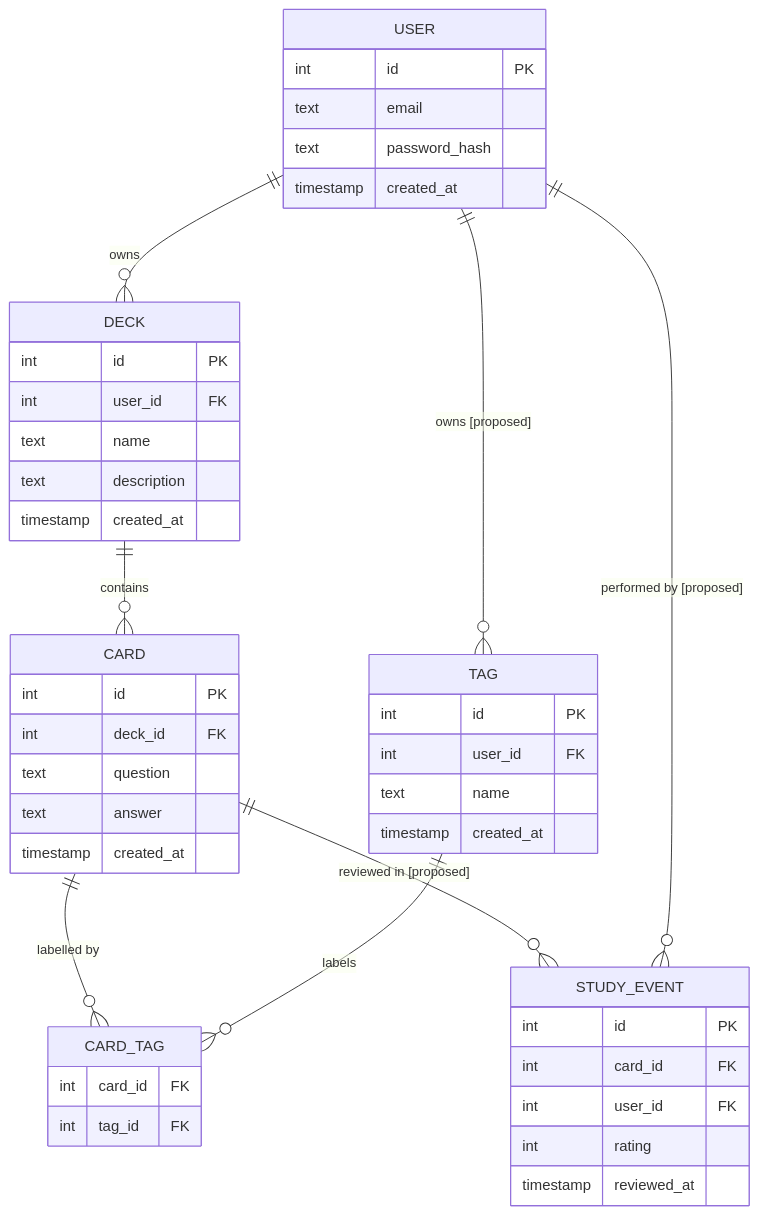
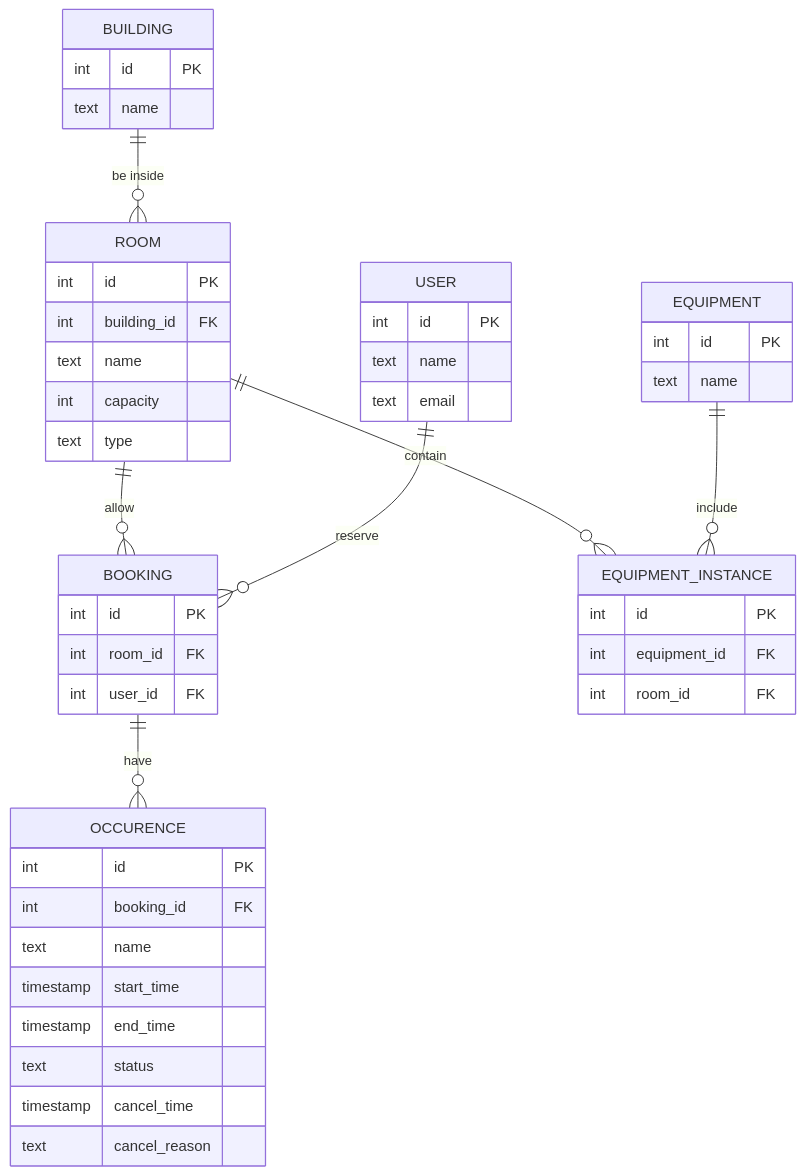
Before and after one commit to ndinhtrung/booking-server: the diagram in design/er-diagram.md, drawn with Mermaid. The commit also changed other lines of this file, not shown here.

Commit message:
update ER diagram for the booking system

````diff
--- a/design/er-diagram.md
+++ b/design/er-diagram.md
@@ -5,54 +3,57 @@
 ```mermaid
 erDiagram
 
-    USER {
-        int     id          PK
-        text    email
-        text    password_hash
-        timestamp created_at
+    BUILDING {
+        int        id               PK
+        text       name
     }
 
-    DECK {
-        int     id          PK
-        int     user_id     FK
-        text    name
-        text    description
-        timestamp created_at
+    ROOM {
+        int        id               PK
+        int        building_id      FK
+        text       name
+        int        capacity
+        text       type
     }
 
-    CARD {
-        int     id          PK
-        int     deck_id     FK
-        text    question
-        text    answer
-        timestamp created_at
+    USER {
+        int        id               PK
+        text       name
+        text       email
     }
 
-    TAG {
-        int     id          PK
-        int     user_id     FK
-        text    name
-        timestamp created_at
+    BOOKING {
+        int        id               PK
+        int        room_id          FK
+        int        user_id          FK
     }
 
-    CARD_TAG {
-        int     card_id     FK
-        int     tag_id      FK
+    OCCURENCE {
+        int        id               PK
+        int        booking_id       FK
+        text       name
+        timestamp  start_time
+        timestamp  end_time
+        text       status
+        timestamp  cancel_time
+        text       cancel_reason
     }
 
-    STUDY_EVENT {
-        int     id          PK
-        int     card_id     FK
-        int     user_id     FK
-        int     rating
-        timestamp reviewed_at
+    EQUIPMENT {
+        int        id               PK
+        text       name
     }
 
-    USER ||--o{ DECK         : "owns"
-    DECK ||--o{ CARD         : "contains"
-    USER ||--o{ TAG          : "owns [proposed]"
-    CARD ||--o{ CARD_TAG     : "labelled by"
-    TAG  ||--o{ CARD_TAG     : "labels"
-    CARD ||--o{ STUDY_EVENT  : "reviewed in [proposed]"
-    USER ||--o{ STUDY_EVENT  : "performed by [proposed]"
+    EQUIPMENT_INSTANCE {
+        int        id               PK
+        int        equipment_id     FK
+        int        room_id          FK
+    }
+
+    BUILDING  ||--o{ ROOM                : "be inside"
+    ROOM      ||--o{ BOOKING             : "allow"
+    USER      ||--o{ BOOKING             : "reserve"
+    BOOKING   ||--o{ OCCURENCE           : "have"
+    ROOM      ||--o{ EQUIPMENT_INSTANCE  : "contain"
+    EQUIPMENT ||--o{ EQUIPMENT_INSTANCE  : "include"
 ```
````
